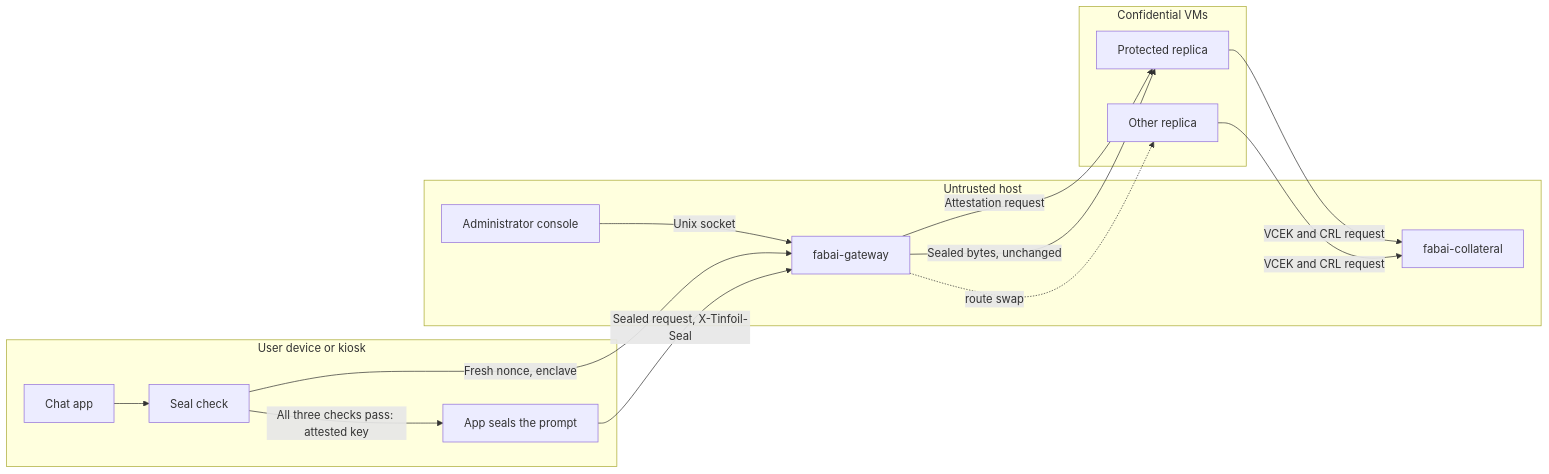
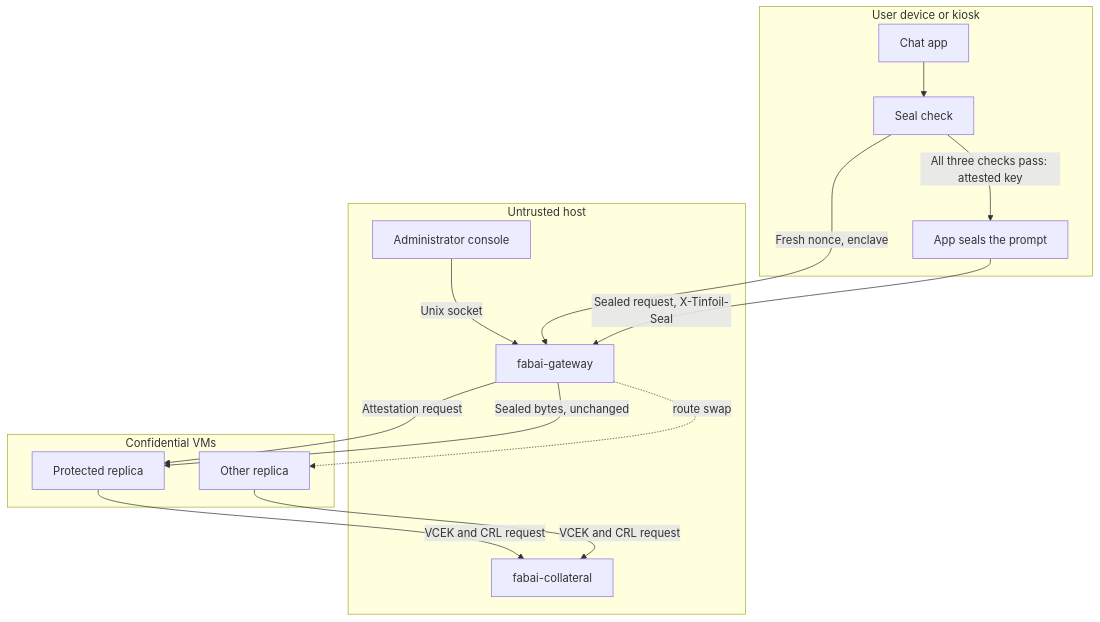
Before and after one commit to digicatapult/fabai-gateway: the diagram in README.md, drawn with Mermaid. The commit also changed 44 other files, not shown here.

````diff
--- a/README.md
+++ b/README.md
@@ -26,26 +26,26 @@
 ```mermaid
-flowchart LR
+flowchart TD
     subgraph device[User device or kiosk]
         client[Chat app] --> check[Seal check]
         check -->|All three checks pass: attested key| seal[App seals the prompt]
     end
 
     subgraph host[Untrusted host]
         gateway[fabai-gateway]
         admin[Administrator console] -->|Unix socket| gateway
         collateral[fabai-collateral]
     end
 
     subgraph cvms[Confidential VMs]
         protected[Protected replica]
         modified[Other replica]
     end
 
     check -->|Fresh nonce, enclave| gateway
     seal -->|Sealed request, X-Tinfoil-Seal| gateway
     gateway -->|Attestation request| protected
     gateway -->|Sealed bytes, unchanged| protected
     gateway -. route swap .-> modified
     protected -->|VCEK and CRL request| collateral
     modified -->|VCEK and CRL request| collateral
 ```
````
